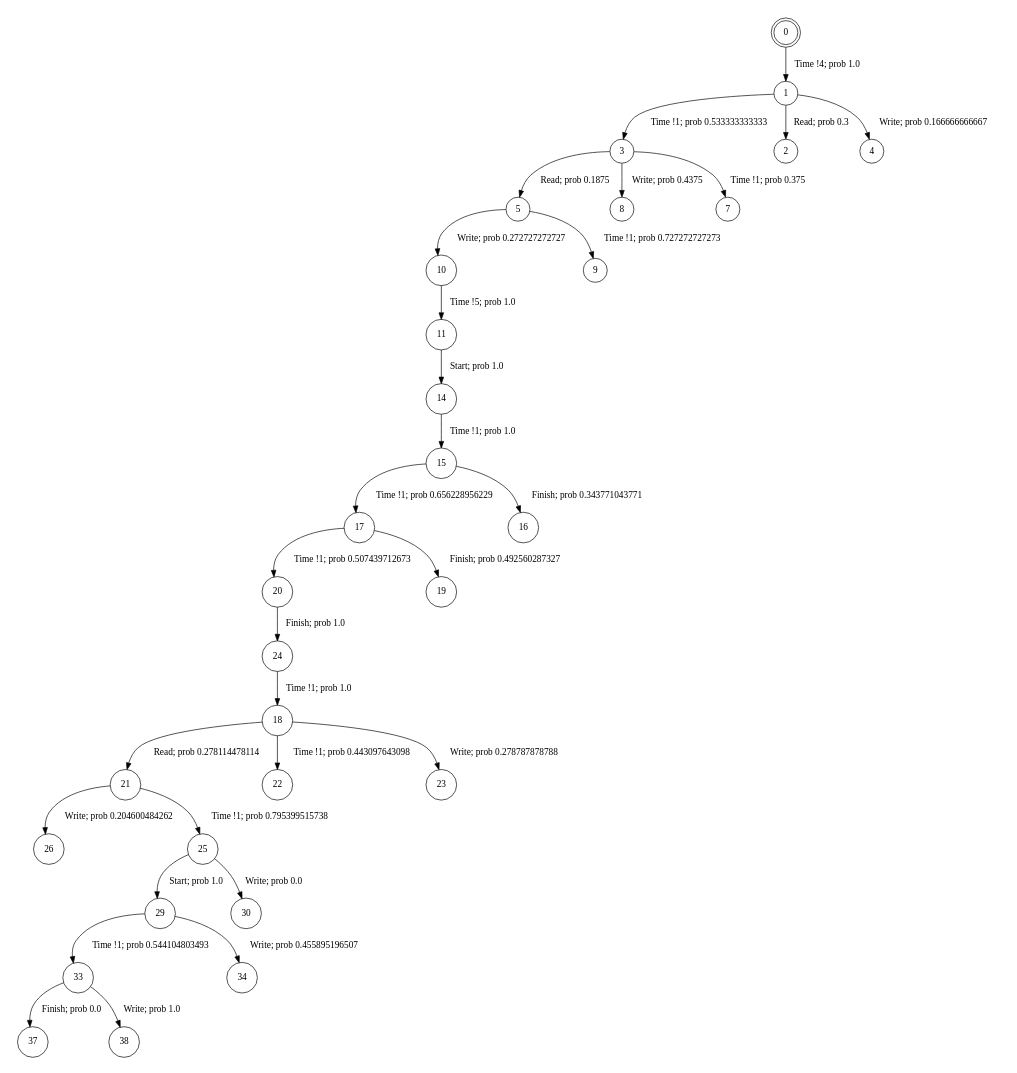
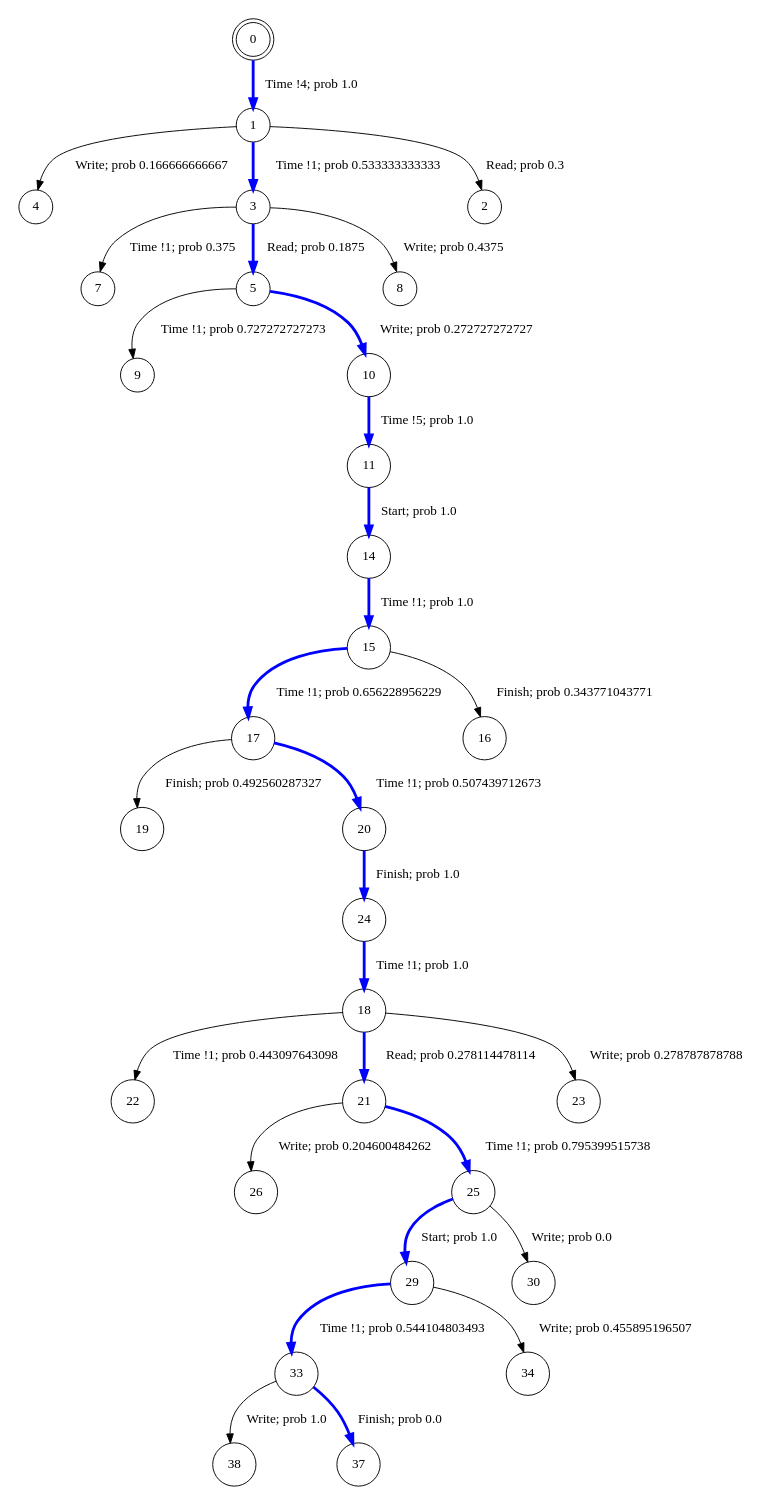
The diagram in state-space-analysis/experiments/results/tpts-execution-1.dot (irmanfaqrizal/ptsv), drawn with Graphviz before and after one commit. The commit also changed 25 other files, not shown here.

```diff
--- a/state-space-analysis/experiments/results/tpts-execution-1.dot
+++ b/state-space-analysis/experiments/results/tpts-execution-1.dot
@@ -1,35 +1,35 @@
 digraph BCG {
 size = "7, 10.5";
 center = TRUE;
 node [shape = circle];
 0 [peripheries = 2];
-0 -> 1  [label = "Time !4; prob 1.0"];
-1 -> 3  [label = "Time !1; prob 0.533333333333"];
+0 -> 1  [label = "Time !4; prob 1.0", color = "blue", penwidth=3];
+1 -> 4  [label = "Write; prob 0.166666666667"];
+1 -> 3  [label = "Time !1; prob 0.533333333333", color = "blue", penwidth=3];
 1 -> 2  [label = "Read; prob 0.3"];
-1 -> 4  [label = "Write; prob 0.166666666667"];
-33 -> 37  [label = "Finish; prob 0.0"];
 33 -> 38  [label = "Write; prob 1.0"];
-3 -> 5  [label = "Read; prob 0.1875"];
+33 -> 37  [label = "Finish; prob 0.0", color = "blue", penwidth=3];
+3 -> 7  [label = "Time !1; prob 0.375"];
+3 -> 5  [label = "Read; prob 0.1875", color = "blue", penwidth=3];
 3 -> 8  [label = "Write; prob 0.4375"];
-3 -> 7  [label = "Time !1; prob 0.375"];
-5 -> 10  [label = "Write; prob 0.272727272727"];
 5 -> 9  [label = "Time !1; prob 0.727272727273"];
-10 -> 11  [label = "Time !5; prob 1.0"];
-11 -> 14  [label = "Start; prob 1.0"];
-14 -> 15  [label = "Time !1; prob 1.0"];
-15 -> 17  [label = "Time !1; prob 0.656228956229"];
+5 -> 10  [label = "Write; prob 0.272727272727", color = "blue", penwidth=3];
+10 -> 11  [label = "Time !5; prob 1.0", color = "blue", penwidth=3];
+11 -> 14  [label = "Start; prob 1.0", color = "blue", penwidth=3];
+14 -> 15  [label = "Time !1; prob 1.0", color = "blue", penwidth=3];
+15 -> 17  [label = "Time !1; prob 0.656228956229", color = "blue", penwidth=3];
 15 -> 16  [label = "Finish; prob 0.343771043771"];
-17 -> 20  [label = "Time !1; prob 0.507439712673"];
 17 -> 19  [label = "Finish; prob 0.492560287327"];
-18 -> 21  [label = "Read; prob 0.278114478114"];
+17 -> 20  [label = "Time !1; prob 0.507439712673", color = "blue", penwidth=3];
 18 -> 22  [label = "Time !1; prob 0.443097643098"];
+18 -> 21  [label = "Read; prob 0.278114478114", color = "blue", penwidth=3];
 18 -> 23  [label = "Write; prob 0.278787878788"];
-20 -> 24  [label = "Finish; prob 1.0"];
+20 -> 24  [label = "Finish; prob 1.0", color = "blue", penwidth=3];
 21 -> 26  [label = "Write; prob 0.204600484262"];
-21 -> 25  [label = "Time !1; prob 0.795399515738"];
-24 -> 18  [label = "Time !1; prob 1.0"];
-25 -> 29  [label = "Start; prob 1.0"];
+21 -> 25  [label = "Time !1; prob 0.795399515738", color = "blue", penwidth=3];
+24 -> 18  [label = "Time !1; prob 1.0", color = "blue", penwidth=3];
+25 -> 29  [label = "Start; prob 1.0", color = "blue", penwidth=3];
 25 -> 30  [label = "Write; prob 0.0"];
+29 -> 33  [label = "Time !1; prob 0.544104803493", color = "blue", penwidth=3];
 29 -> 34  [label = "Write; prob 0.455895196507"];
-29 -> 33  [label = "Time !1; prob 0.544104803493"];
 }
```
